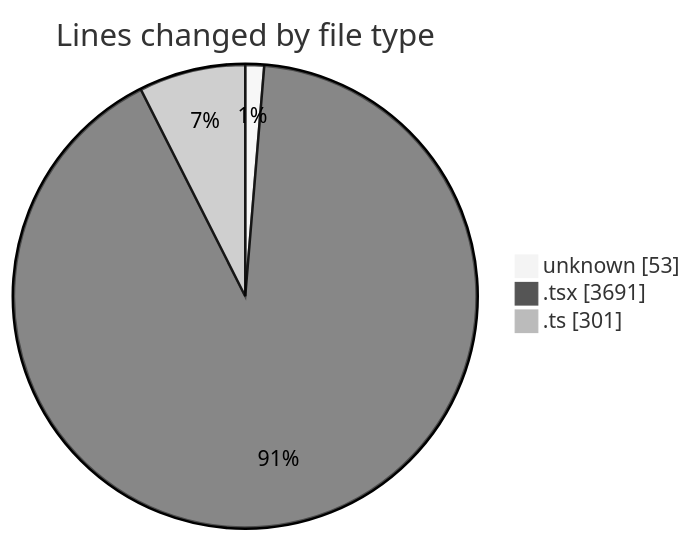
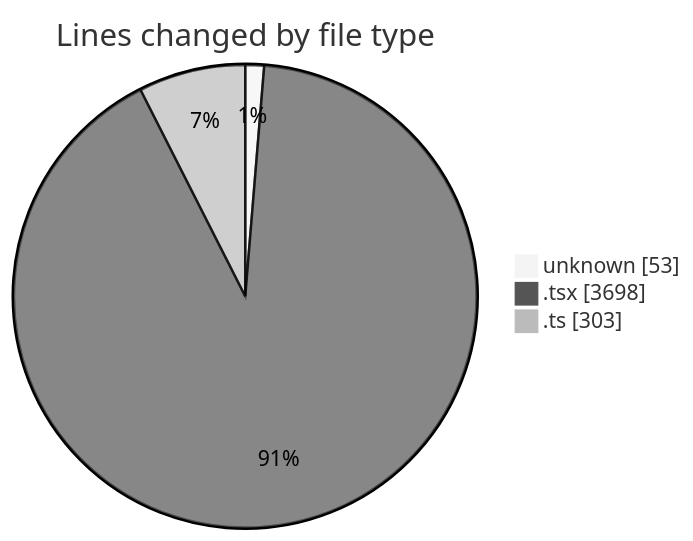
The first of 2 diagrams in 2026-01-28/cda/README.md (momahboobian/code-tracking), drawn with Mermaid (neutral theme) before and after one commit. The commit also changed other lines of this file and 1 other file, not shown here.

````diff
--- a/2026-01-28/cda/README.md
+++ b/2026-01-28/cda/README.md
@@ -23,7 +23,7 @@
 ```mermaid
 pie showData
 title Lines changed by file type
 "unknown" : 53
-".tsx" : 3691
-".ts" : 301
+".tsx" : 3698
+".ts" : 303
 ```
````
